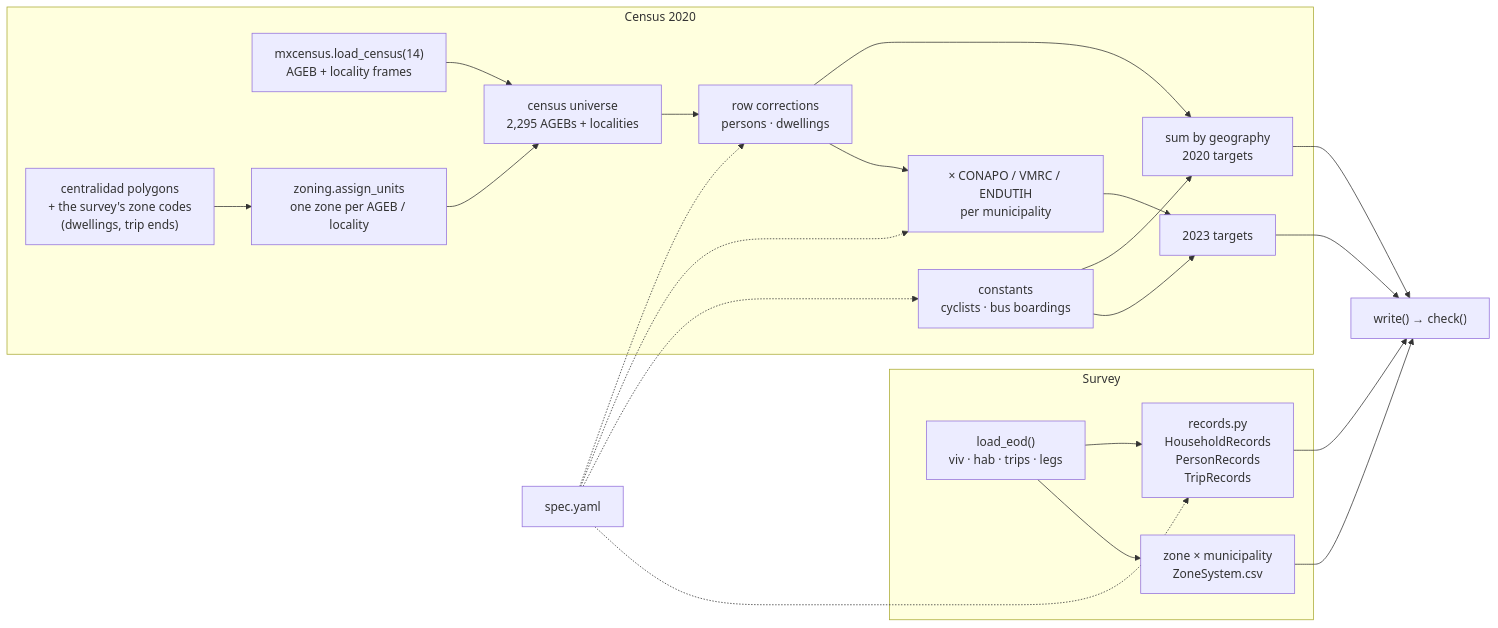
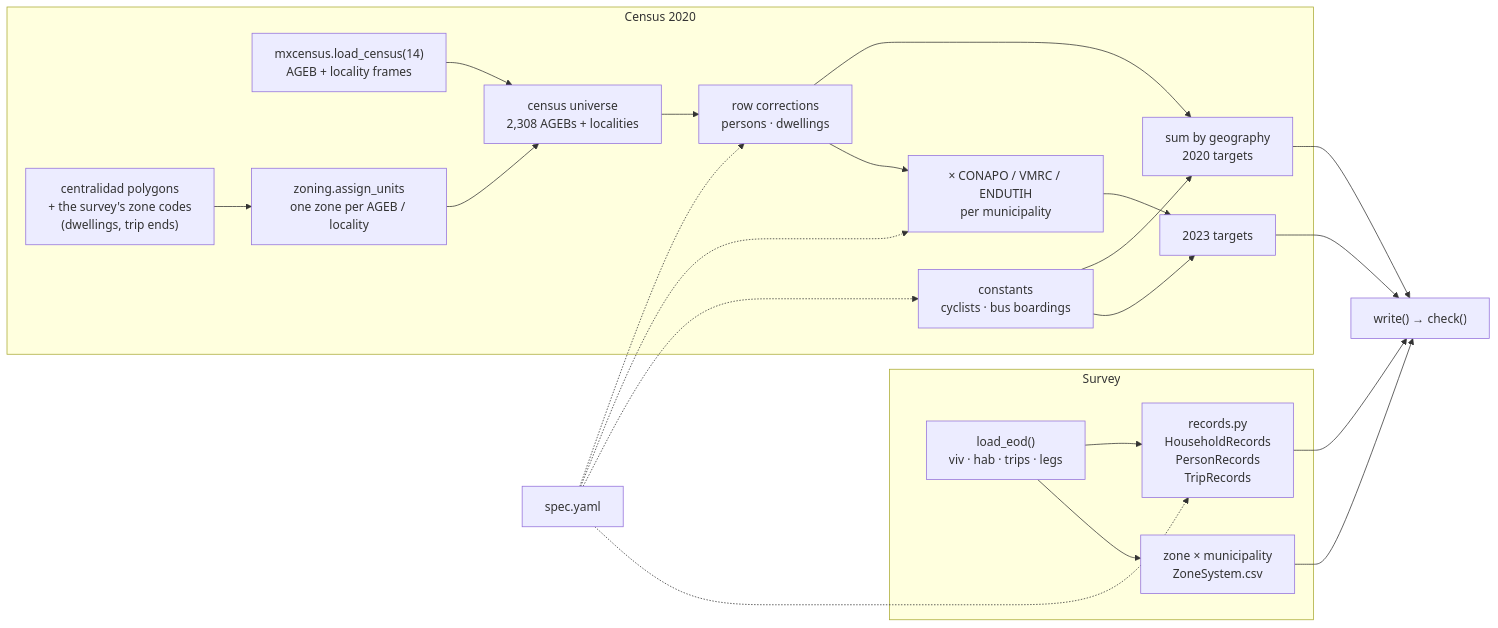
Before and after one commit to CentroFuturoCiudades/eodgdl: the diagram in reports/reweight_inputs.qmd, drawn with Mermaid. The commit also changed other lines of this file and 4 other files, not shown here.

````diff
--- a/reports/reweight_inputs.qmd
+++ b/reports/reweight_inputs.qmd
@@ -157,19 +157,19 @@
 ```{mermaid}
 %%| label: fig-flow
 %%| fig-cap: "The build. Survey tables become records (left); census rows become targets (right). The spec is the only place any definition lives."
 flowchart LR
   subgraph survey [Survey]
     A["load_eod()<br/>viv · hab · trips · legs"] --> R["records.py<br/>HouseholdRecords<br/>PersonRecords<br/>TripRecords"]
     A --> Z["zone × municipality<br/>ZoneSystem.csv"]
   end
   subgraph census [Census 2020]
-    C["mxcensus.load_census(14)<br/>AGEB + locality frames"] --> U["census universe<br/>2,295 AGEBs + localities"]
+    C["mxcensus.load_census(14)<br/>AGEB + locality frames"] --> U["census universe<br/>2,308 AGEBs + localities"]
     X["centralidad polygons<br/>+ the survey's zone codes<br/>(dwellings, trip ends)"] --> Z2["zoning.assign_units<br/>one zone per AGEB / locality"] --> U
     U --> S["row corrections<br/>persons · dwellings"]
     S --> T20["sum by geography<br/>2020 targets"]
     S --> G["× CONAPO / VMRC / ENDUTIH<br/>per municipality"] --> T23["2023 targets"]
     K["constants<br/>cyclists · bus boardings"] --> T20 & T23
   end
   Y["spec.yaml"] -.-> R & S & G & K
   R & Z & T20 & T23 --> W["write() → check()"]
 ```
````
